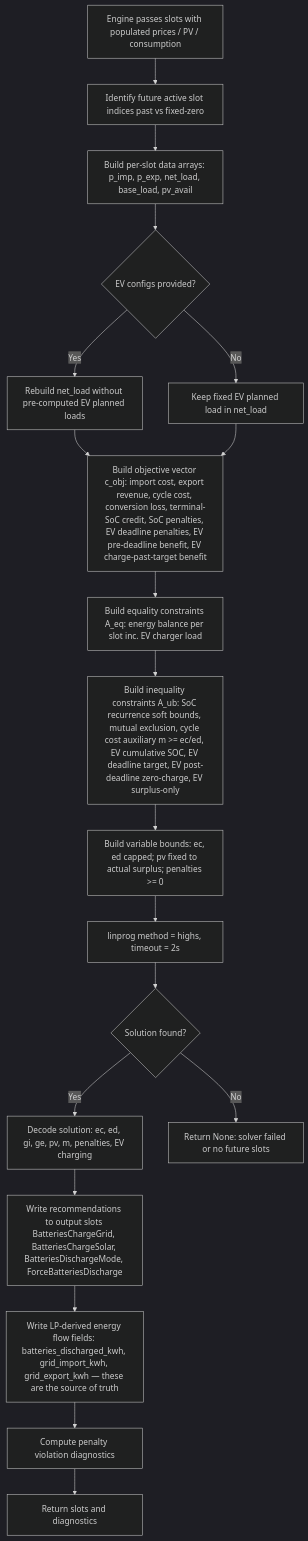
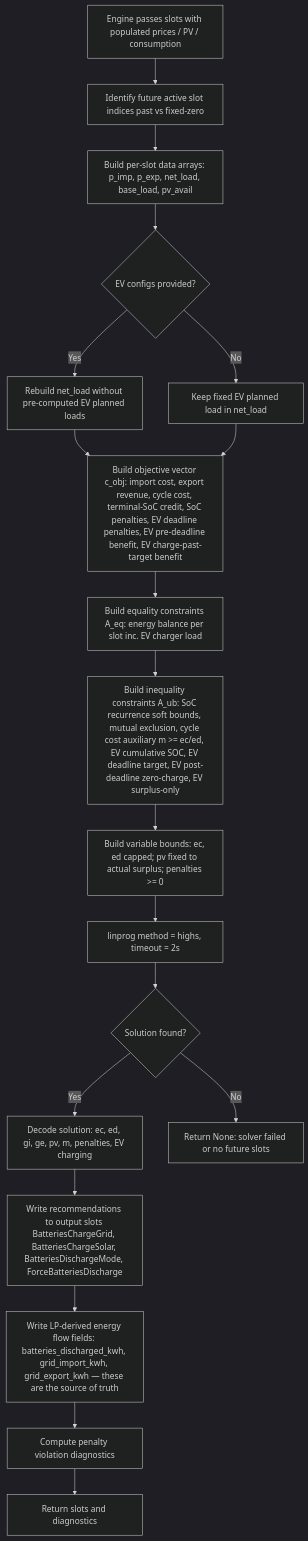
One commit to woopstar/hsem changed the first of 2 diagrams in docs/milp-optimization.md. Above: the diagram before and after it, drawn with Mermaid (dark theme). The commit also changed other lines of this file and 105 other files, not shown here.

````diff
--- a/docs/milp-optimization.md
+++ b/docs/milp-optimization.md
@@ -9,28 +9,28 @@
 ```mermaid
 flowchart TD
     A[Engine passes slots with populated prices / PV / consumption]
     B[Identify future active slot indices past vs fixed-zero]
     C[Build per-slot data arrays: p_imp, p_exp, net_load, base_load, pv_avail]
     D{EV configs provided?}
     E[Rebuild net_load without pre-computed EV planned loads]
     F[Keep fixed EV planned load in net_load]
-    G[Build objective vector c_obj: import cost, export revenue, cycle cost, conversion loss, terminal-SoC credit, SoC penalties, EV deadline penalties, EV pre-deadline benefit, EV charge-past-target benefit]
+    G[Build objective vector c_obj: import cost, export revenue, cycle cost, terminal-SoC credit, SoC penalties, EV deadline penalties, EV pre-deadline benefit, EV charge-past-target benefit]
     H[Build equality constraints A_eq: energy balance per slot inc. EV charger load]
     I[Build inequality constraints A_ub: SoC recurrence soft bounds, mutual exclusion, cycle cost auxiliary m >= ec/ed, EV cumulative SOC, EV deadline target, EV post-deadline zero-charge, EV surplus-only]
     J[Build variable bounds: ec, ed capped; pv fixed to actual surplus; penalties >= 0]
     K[linprog method = highs, timeout = 2s]
     L{Solution found?}
     M[Decode solution: ec, ed, gi, ge, pv, m, penalties, EV charging]
     N[Write recommendations to output slots BatteriesChargeGrid, BatteriesChargeSolar, BatteriesDischargeMode, ForceBatteriesDischarge]
     N2[Write LP-derived energy flow fields: batteries_discharged_kwh, grid_import_kwh, grid_export_kwh — these are the source of truth]
     O[Compute penalty violation diagnostics]
     P[Return slots and diagnostics]
     Q[Return None: solver failed or no future slots]
 
     A --> B --> C --> D
     D -->|Yes| E --> G
     D -->|No| F --> G
     G --> H --> I --> J --> K --> L
     L -->|Yes| M --> N --> N2 --> O --> P
     L -->|No| Q
 ```
````
